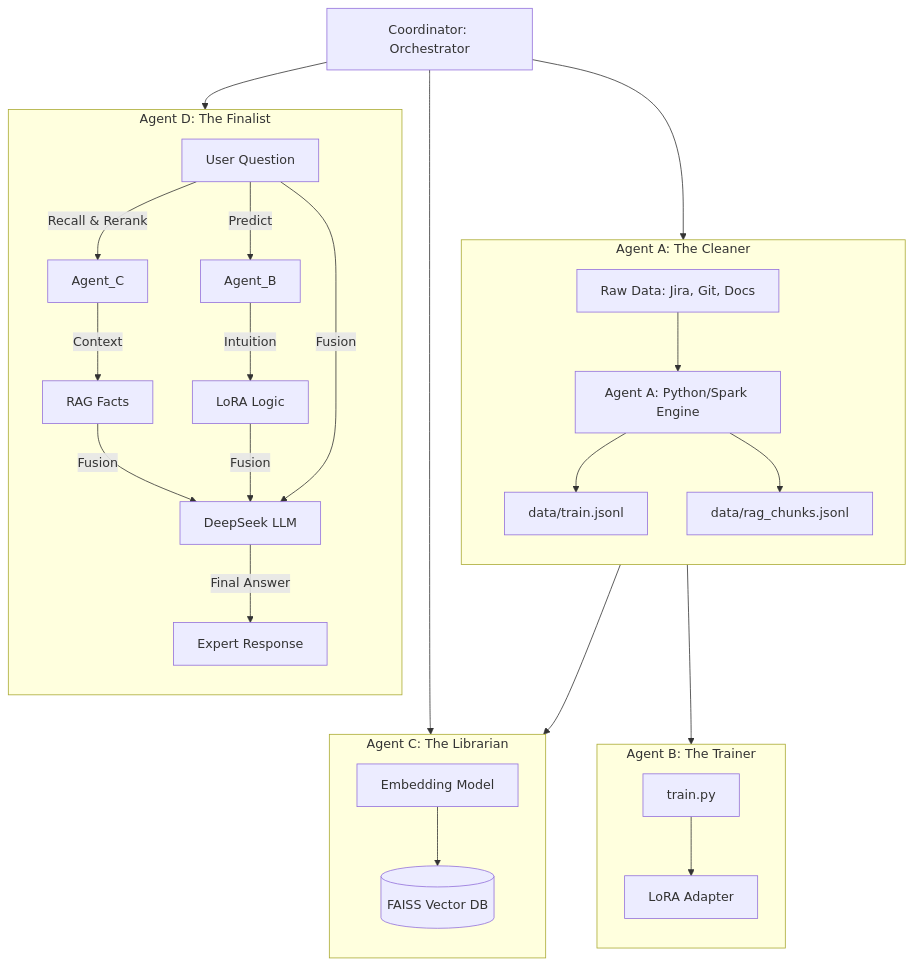
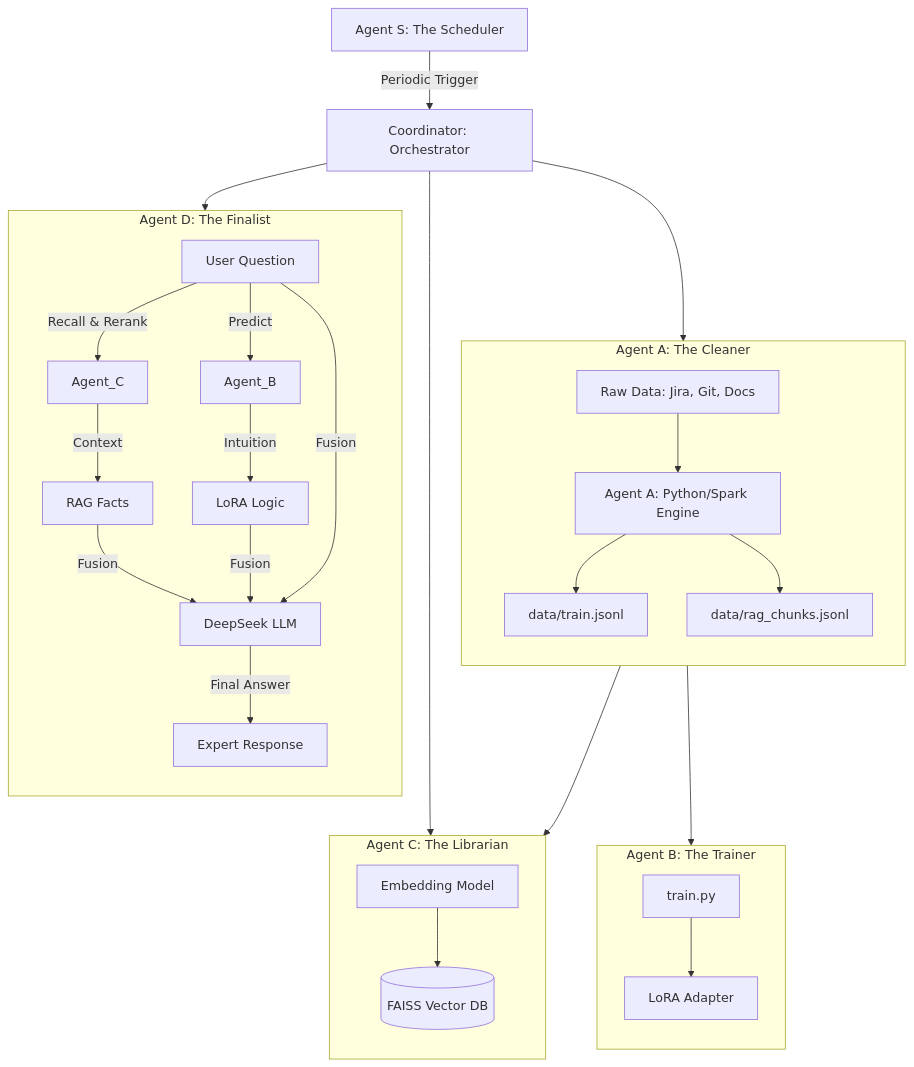
One commit to jiayingsong2023/DataAlchemy changed the diagram in docs/ARCHITECTURE.md. Above: the diagram before and after it, drawn with Mermaid. The commit also changed other lines of this file and 15 other files, not shown here.

Commit message:
Feat: Add Agent S (Scheduler), centralized config with .env support, and LLM synthesis integration

````diff
--- a/docs/ARCHITECTURE.md
+++ b/docs/ARCHITECTURE.md
@@ -9,37 +9,39 @@
 ```mermaid
 flowchart TD
+    AgentS[Agent S: The Scheduler] -->|Periodic Trigger| Coordinator
+    
     subgraph Ingestion [Agent A: The Cleaner]
         direction TB
         Raw[Raw Data: Jira, Git, Docs] --> Cleaner[Agent A: Python/Spark Engine]
         Cleaner --> CPT_Data[data/train.jsonl]
         Cleaner --> RAG_Chunks[data/rag_chunks.jsonl]
     end
 
     subgraph Training [Agent B: The Trainer]
         direction TB
         CPT_Data --> Trainer[train.py]
         Trainer --> Adapter[LoRA Adapter]
     end
 
     subgraph Knowledge [Agent C: The Librarian]
         direction TB
         RAG_Chunks --> Embedding[Embedding Model]
         Embedding --> FAISS[(FAISS Vector DB)]
     end
 
     subgraph Inference [Agent D: The Finalist]
         direction TB
         Query[User Question] -->|Recall & Rerank| Agent_C
         Agent_C -->|Context| Context[RAG Facts]
         
         Query -->|Predict| Agent_B
         Agent_B -->|Intuition| Intuition[LoRA Logic]
         
         Context & Intuition & Query -->|Fusion| DeepSeek[DeepSeek LLM]
         DeepSeek -->|Final Answer| FinalResponse[Expert Response]
     end
 
     Coordinator[Coordinator: Orchestrator] --> Ingestion
     Coordinator --> Knowledge
     Coordinator --> Inference
 ```
````
